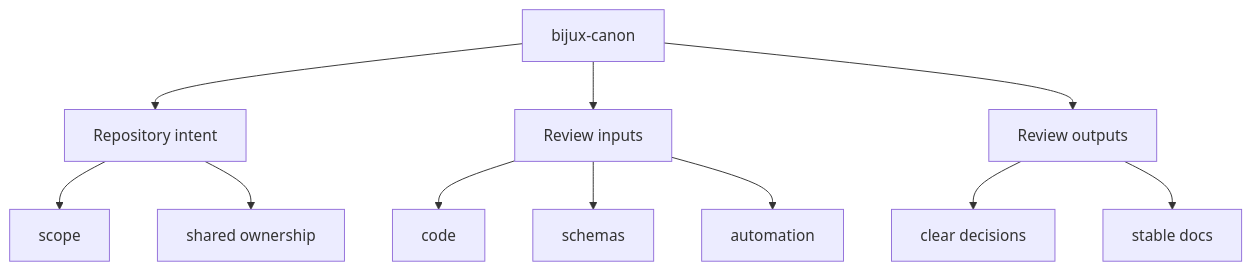
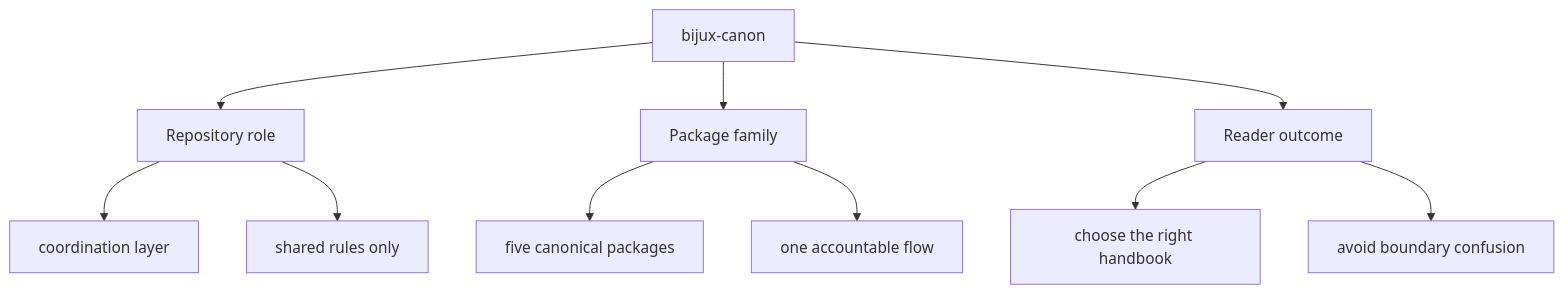
The second of 2 diagrams in docs/bijux-canon/index.md (bijux/bijux-canon), drawn with Mermaid before and after one commit. The commit also changed other lines of this file and 11 other files, not shown here.

Commit message:
docs(diagrams): clarify root handbook maps

````diff
--- a/docs/bijux-canon/index.md
+++ b/docs/bijux-canon/index.md
@@ -51,24 +51,22 @@
 ```mermaid
 flowchart TD
     page["bijux-canon"]
-    focus1["Repository intent"]
+    focus1["Repository role"]
     page --> focus1
-    focus1_1["scope"]
+    focus1_1["coordination layer"]
     focus1 --> focus1_1
-    focus1_2["shared ownership"]
+    focus1_2["shared rules only"]
     focus1 --> focus1_2
-    focus2["Review inputs"]
+    focus2["Package family"]
     page --> focus2
-    focus2_1["code"]
+    focus2_1["five canonical packages"]
     focus2 --> focus2_1
-    focus2_2["schemas"]
+    focus2_2["one accountable flow"]
     focus2 --> focus2_2
-    focus2_3["automation"]
-    focus2 --> focus2_3
-    focus3["Review outputs"]
+    focus3["Reader outcome"]
     page --> focus3
-    focus3_1["clear decisions"]
+    focus3_1["choose the right handbook"]
     focus3 --> focus3_1
-    focus3_2["stable docs"]
+    focus3_2["avoid boundary confusion"]
     focus3 --> focus3_2
 ```
````
